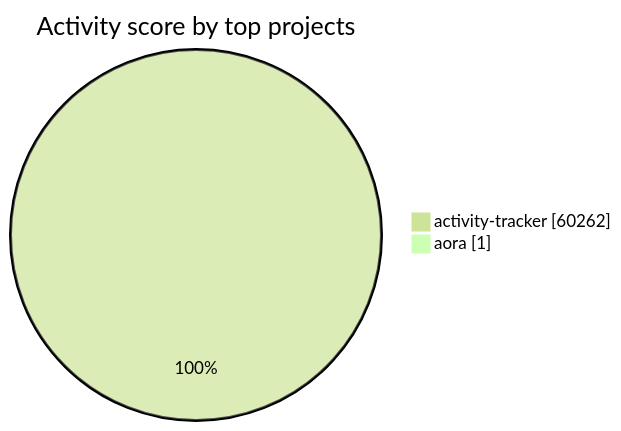
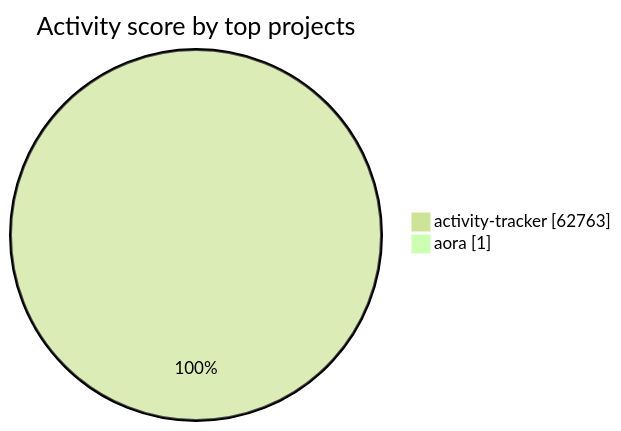
The diagram in visualizations/README.md (Sonkarrushikesh22/activity-tracker), drawn with Mermaid (forest theme) before and after one commit. The commit also changed other lines of this file and 4 other files, not shown here.

````diff
--- a/visualizations/README.md
+++ b/visualizations/README.md
@@ -33,6 +33,6 @@
 ```mermaid
 pie showData
     title Activity score by top projects
-    "activity-tracker" : 60262
+    "activity-tracker" : 62763
     "aora" : 1
 ```
````
